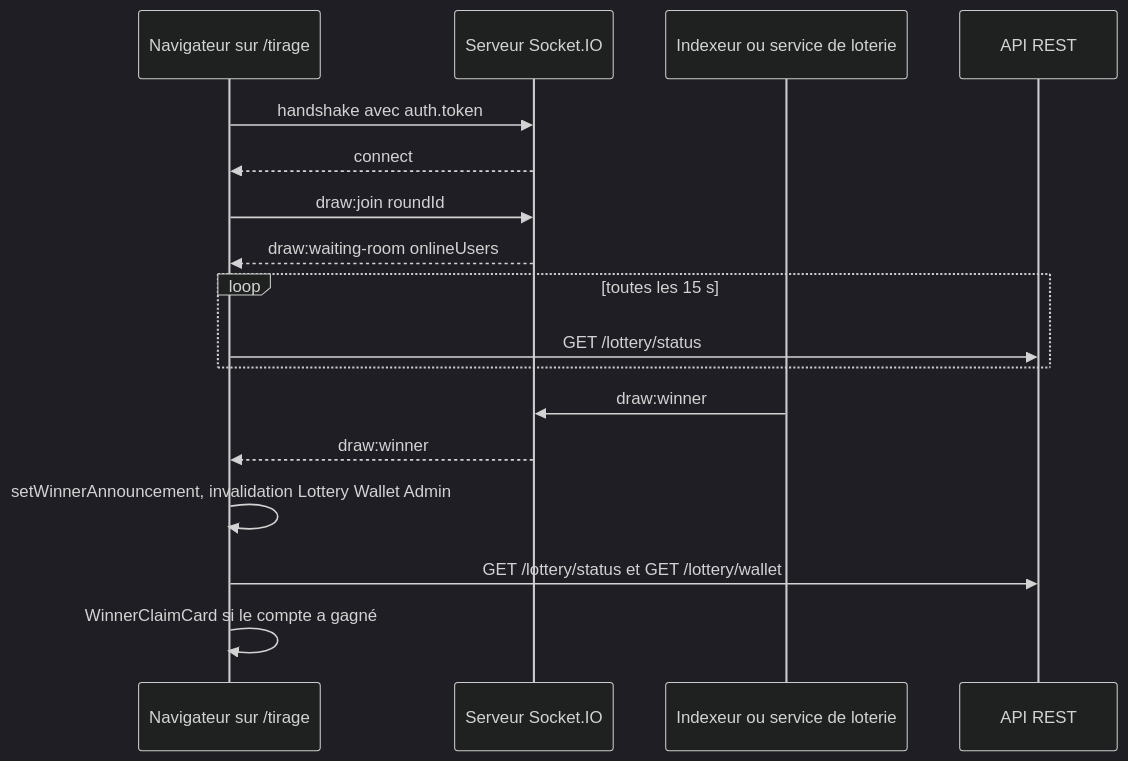
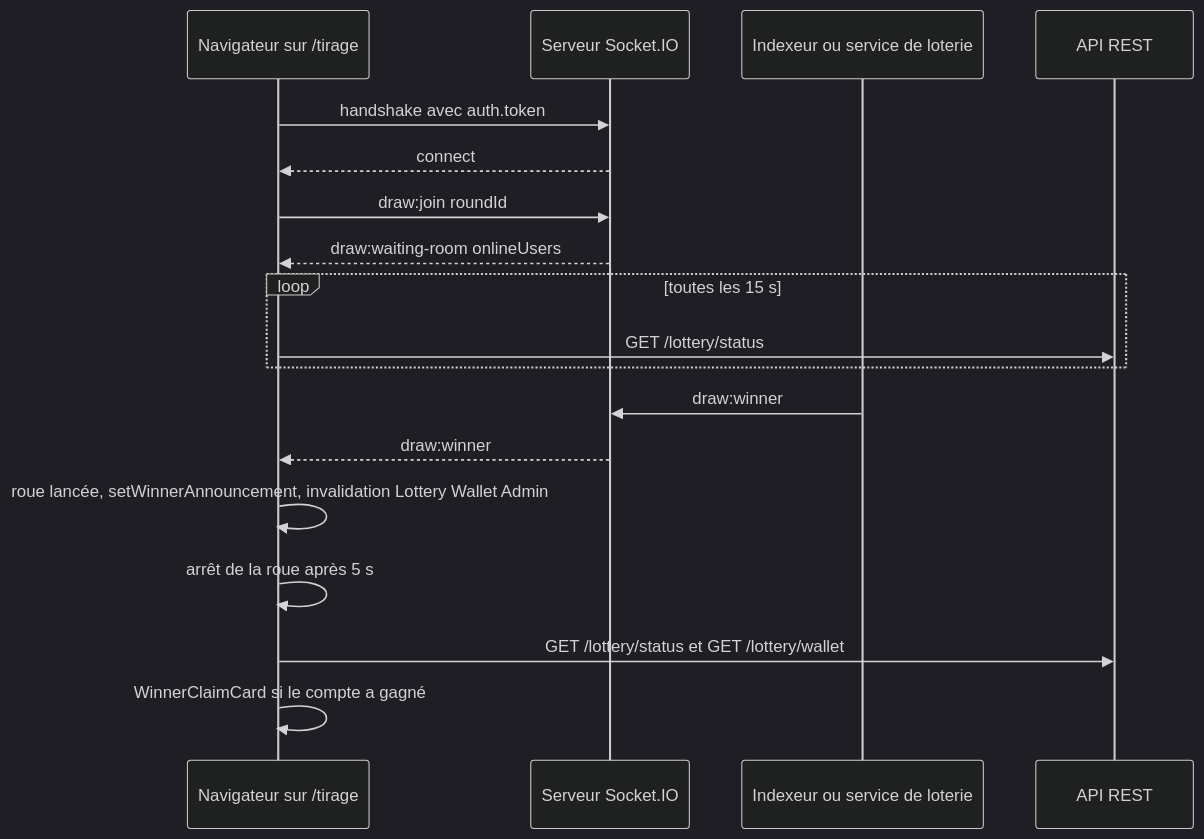
The diagram in documentation-officielle/content/web/temps-reel.md (MarceauTDML/BlockLucky), drawn with Mermaid (dark theme) before and after one commit. The commit also changed other lines of this file and 211 other files, not shown here.

````diff
--- a/documentation-officielle/content/web/temps-reel.md
+++ b/documentation-officielle/content/web/temps-reel.md
@@ -80,19 +80,20 @@
 ```mermaid
 sequenceDiagram
   participant N as Navigateur sur /tirage
   participant S as Serveur Socket.IO
   participant I as Indexeur ou service de loterie
   participant A as API REST
   N->>S: handshake avec auth.token
   S-->>N: connect
   N->>S: draw:join roundId
   S-->>N: draw:waiting-room onlineUsers
   loop toutes les 15 s
     N->>A: GET /lottery/status
   end
   I->>S: draw:winner
   S-->>N: draw:winner
-  N->>N: setWinnerAnnouncement, invalidation Lottery Wallet Admin
+  N->>N: roue lancée, setWinnerAnnouncement, invalidation Lottery Wallet Admin
+  N->>N: arrêt de la roue après 5 s
   N->>A: GET /lottery/status et GET /lottery/wallet
   N->>N: WinnerClaimCard si le compte a gagné
 ```
````
